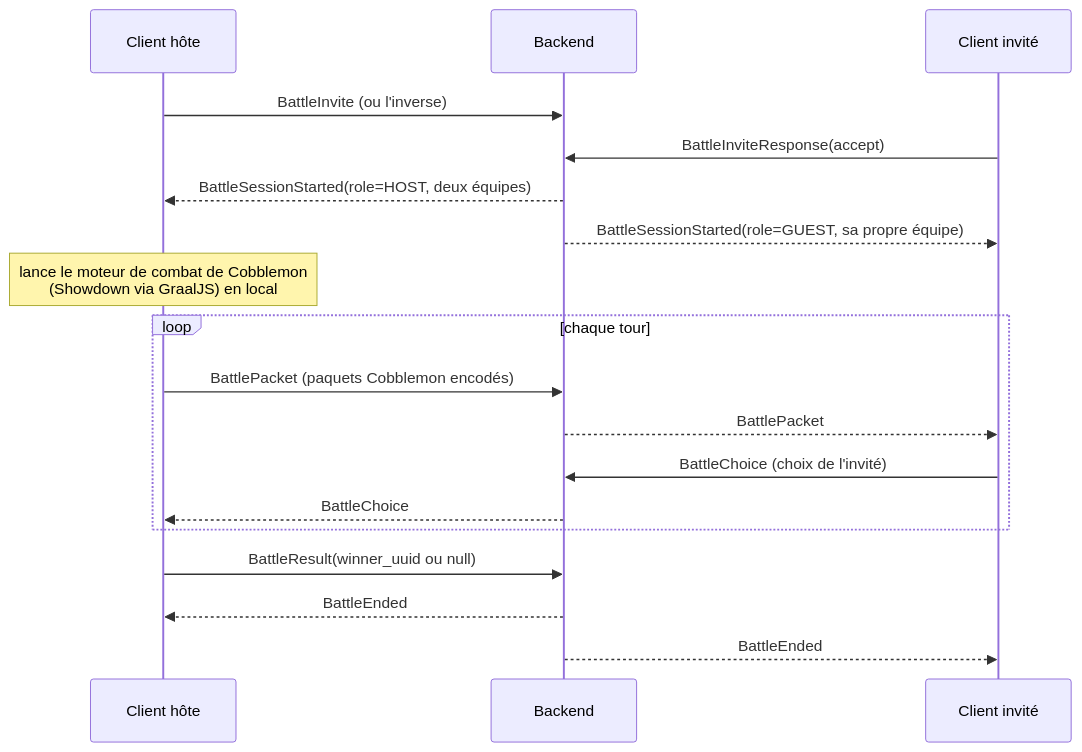
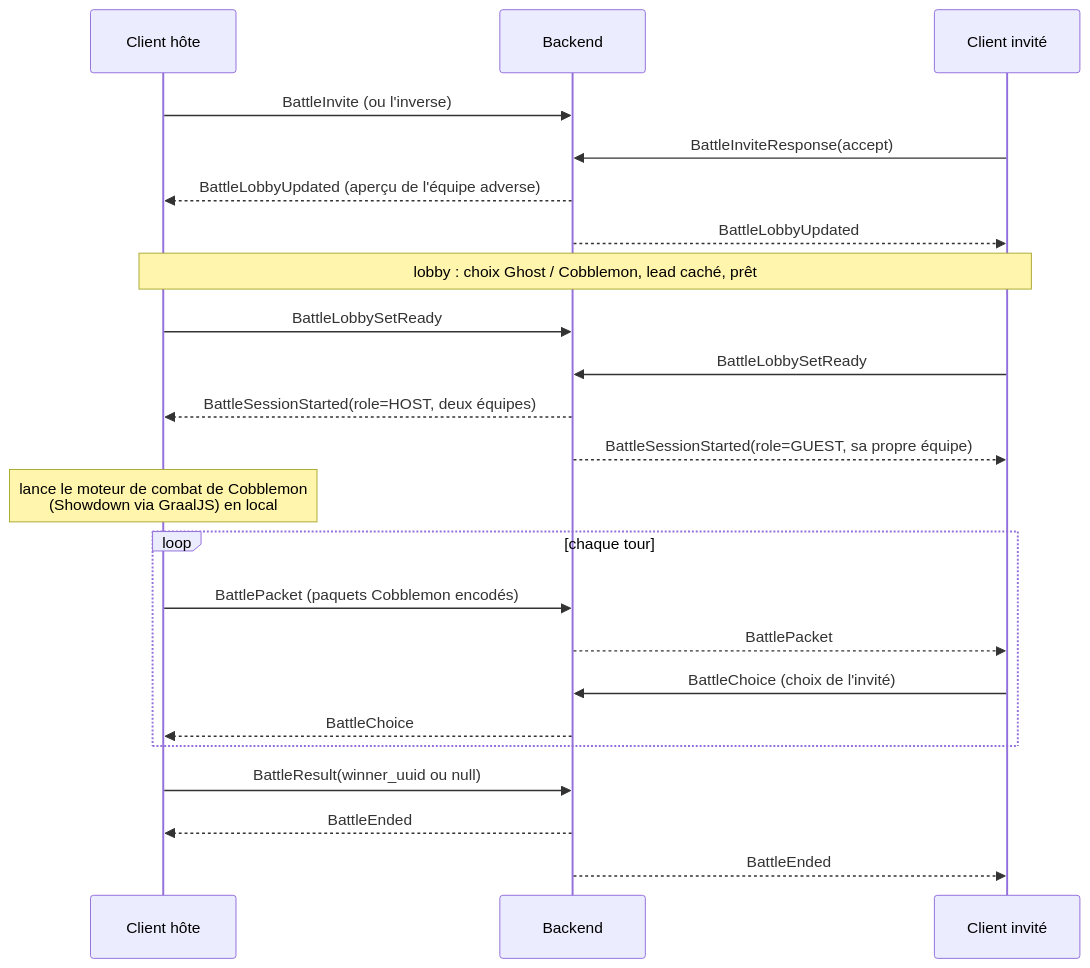
Before and after one commit to TrAdrienGit/Phantasmon-Client: the third of 3 diagrams in Documentation/architecture/system-overview.md, drawn with Mermaid. The commit also changed 12 other files, not shown here.

First line of the commit message:
Implement battle lobby feature for Ghost and Cobblemon matches

````diff
--- a/Documentation/architecture/system-overview.md
+++ b/Documentation/architecture/system-overview.md
@@ -121,20 +121,25 @@
 ```mermaid
 sequenceDiagram
     participant H as Client hôte
     participant B as Backend
     participant G as Client invité
     H->>B: BattleInvite (ou l'inverse)
     G->>B: BattleInviteResponse(accept)
+    B-->>H: BattleLobbyUpdated (aperçu de l'équipe adverse)
+    B-->>G: BattleLobbyUpdated
+    Note over H,G: lobby : choix Ghost / Cobblemon, lead caché, prêt
+    H->>B: BattleLobbySetReady
+    G->>B: BattleLobbySetReady
     B-->>H: BattleSessionStarted(role=HOST, deux équipes)
     B-->>G: BattleSessionStarted(role=GUEST, sa propre équipe)
     Note over H: lance le moteur de combat de Cobblemon<br/>(Showdown via GraalJS) en local
     loop chaque tour
         H->>B: BattlePacket (paquets Cobblemon encodés)
         B-->>G: BattlePacket
         G->>B: BattleChoice (choix de l'invité)
         B-->>H: BattleChoice
     end
     H->>B: BattleResult(winner_uuid ou null)
     B-->>H: BattleEnded
     B-->>G: BattleEnded
 ```
````
